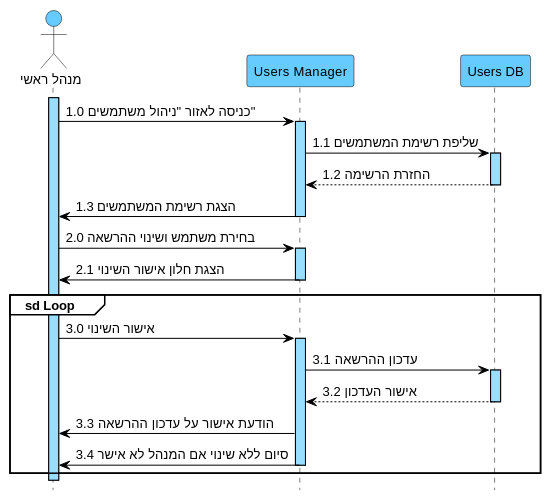
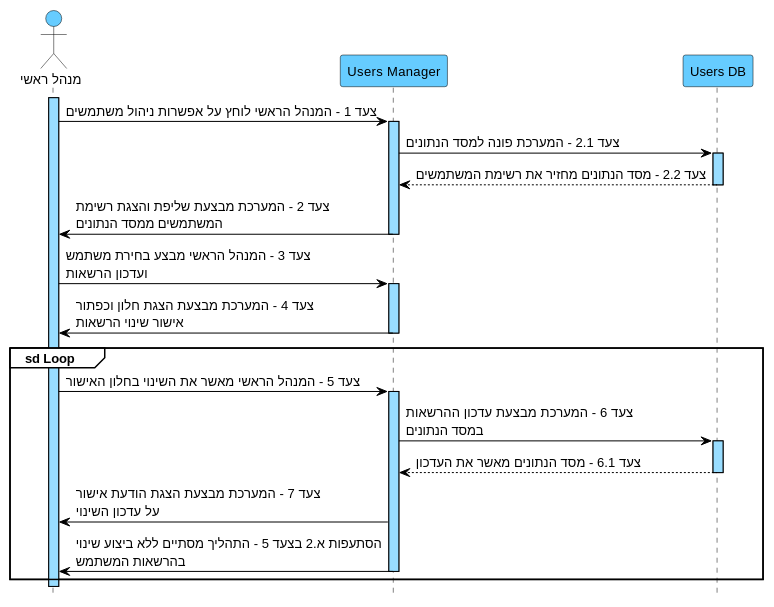
One commit to arielkaplan20/GOLDEN_HAIR_SALOAN changed the diagram in docs/diagrams/puml/10-seq-suc10-ניהול-משתמשים.puml. Above: the diagram before and after it, drawn with PlantUML. The commit also changed 26 other files, not shown here.

```diff
--- a/docs/diagrams/puml/10-seq-suc10-ניהול-משתמשים.puml
+++ b/docs/diagrams/puml/10-seq-suc10-ניהול-משתמשים.puml
@@ -1,53 +1,53 @@
 @startuml
 hide footbox
 skinparam backgroundColor white
 skinparam defaultFontName Arial
 skinparam defaultFontSize 13
 skinparam sequence {
 ArrowColor black
 ArrowFontColor black
 ActorBorderColor black
 ActorBackgroundColor #66CCFF
 LifeLineBorderColor black
 LifeLineBackgroundColor #99DDFF
 ParticipantBorderColor black
 ParticipantBackgroundColor #66CCFF
 ParticipantFontColor black
 ParticipantFontSize 13
 GroupBorderColor black
 GroupBackgroundColor white
 GroupHeaderFontColor black
 }
 
 actor "מנהל ראשי" as A
 participant "Users Manager" as UM
 participant "Users DB" as DB
 
 activate A
-A -> UM : 1.0 כניסה לאזור "ניהול משתמשים"
+A -> UM : צעד 1 - המנהל הראשי לוחץ על אפשרות ניהול משתמשים
 activate UM
-UM -> DB : 1.1 שליפת רשימת המשתמשים
+UM -> DB : צעד 2.1 - המערכת פונה למסד הנתונים
 activate DB
-DB --> UM : 1.2 החזרת הרשימה
+DB --> UM : צעד 2.2 - מסד הנתונים מחזיר את רשימת המשתמשים
 deactivate DB
-UM -> A : 1.3 הצגת רשימת המשתמשים
+UM -> A : צעד 2 - המערכת מבצעת שליפת והצגת רשימת\nהמשתמשים ממסד הנתונים
 deactivate UM
 
-A -> UM : 2.0 בחירת משתמש ושינוי ההרשאה
+A -> UM : צעד 3 - המנהל הראשי מבצע בחירת משתמש\nועדכון הרשאות
 activate UM
-UM -> A : 2.1 הצגת חלון אישור השינוי
+UM -> A : צעד 4 - המערכת מבצעת הצגת חלון וכפתור\nאישור שינוי הרשאות
 deactivate UM
 
 group sd Loop
-A -> UM : 3.0 אישור השינוי
+A -> UM : צעד 5 - המנהל הראשי מאשר את השינוי בחלון האישור
 activate UM
-UM -> DB : 3.1 עדכון ההרשאה
+UM -> DB : צעד 6 - המערכת מבצעת עדכון ההרשאות\nבמסד הנתונים
 activate DB
-DB --> UM : 3.2 אישור העדכון
+DB --> UM : צעד 6.1 - מסד הנתונים מאשר את העדכון
 deactivate DB
-UM -> A : 3.3 הודעת אישור על עדכון ההרשאה
-UM -> A : 3.4 סיום ללא שינוי אם המנהל לא אישר
+UM -> A : צעד 7 - המערכת מבצעת הצגת הודעת אישור\nעל עדכון השינוי
+UM -> A : הסתעפות א.2 בצעד 5 - התהליך מסתיים ללא ביצוע שינוי\nבהרשאות המשתמש
 deactivate UM
 end
 deactivate A
 @enduml
```
